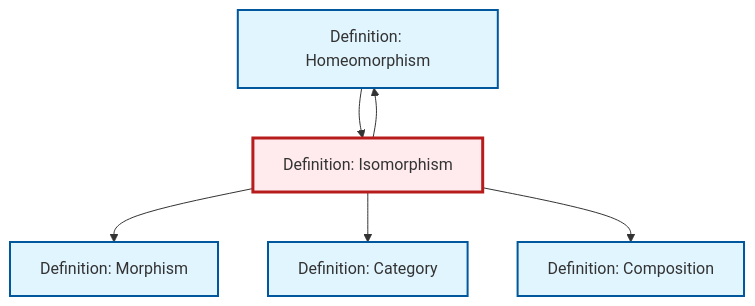
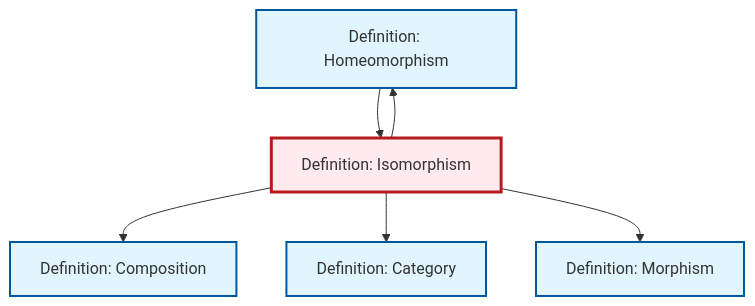
One commit to RK0429/ModernMath changed the diagram in content/ja/category-theory/def-isomorphism.qmd. Above: the diagram before and after it, drawn with Mermaid. The commit also changed other lines of this file and 554 other files, not shown here.

````diff
--- a/content/ja/category-theory/def-isomorphism.qmd
+++ b/content/ja/category-theory/def-isomorphism.qmd
@@ -84,24 +85,24 @@
 ```{mermaid}
 %%| fig-cap: "Local dependency graph"
 graph TD
     classDef definition fill:#e1f5fe,stroke:#01579b,stroke-width:2px
     classDef theorem fill:#f3e5f5,stroke:#4a148c,stroke-width:2px
     classDef axiom fill:#fff3e0,stroke:#e65100,stroke-width:2px
     classDef example fill:#e8f5e9,stroke:#1b5e20,stroke-width:2px
     classDef current fill:#ffebee,stroke:#b71c1c,stroke-width:3px
+    def-category["Definition: Category"]:::definition
     def-homeomorphism["Definition: Homeomorphism"]:::definition
-    def-category["Definition: Category"]:::definition
+    def-isomorphism["Definition: Isomorphism"]:::definition
+    def-morphism["Definition: Morphism"]:::definition
     def-composition["Definition: Composition"]:::definition
-    def-morphism["Definition: Morphism"]:::definition
-    def-isomorphism["Definition: Isomorphism"]:::definition
-    def-isomorphism --> def-morphism
+    def-isomorphism --> def-composition
+    def-isomorphism --> def-homeomorphism
     def-isomorphism --> def-category
     def-homeomorphism --> def-isomorphism
-    def-isomorphism --> def-composition
-    def-isomorphism --> def-homeomorphism
+    def-isomorphism --> def-morphism
     class def-isomorphism current
+    click def-category "def-category.html" "Definition: Categoryへ"
     click def-homeomorphism "def-homeomorphism.html" "Definition: Homeomorphismへ"
-    click def-category "def-category.html" "Definition: Categoryへ"
+    click def-morphism "def-morphism.html" "Definition: Morphismへ"
     click def-composition "def-composition.html" "Definition: Compositionへ"
-    click def-morphism "def-morphism.html" "Definition: Morphismへ"
 ```
````
